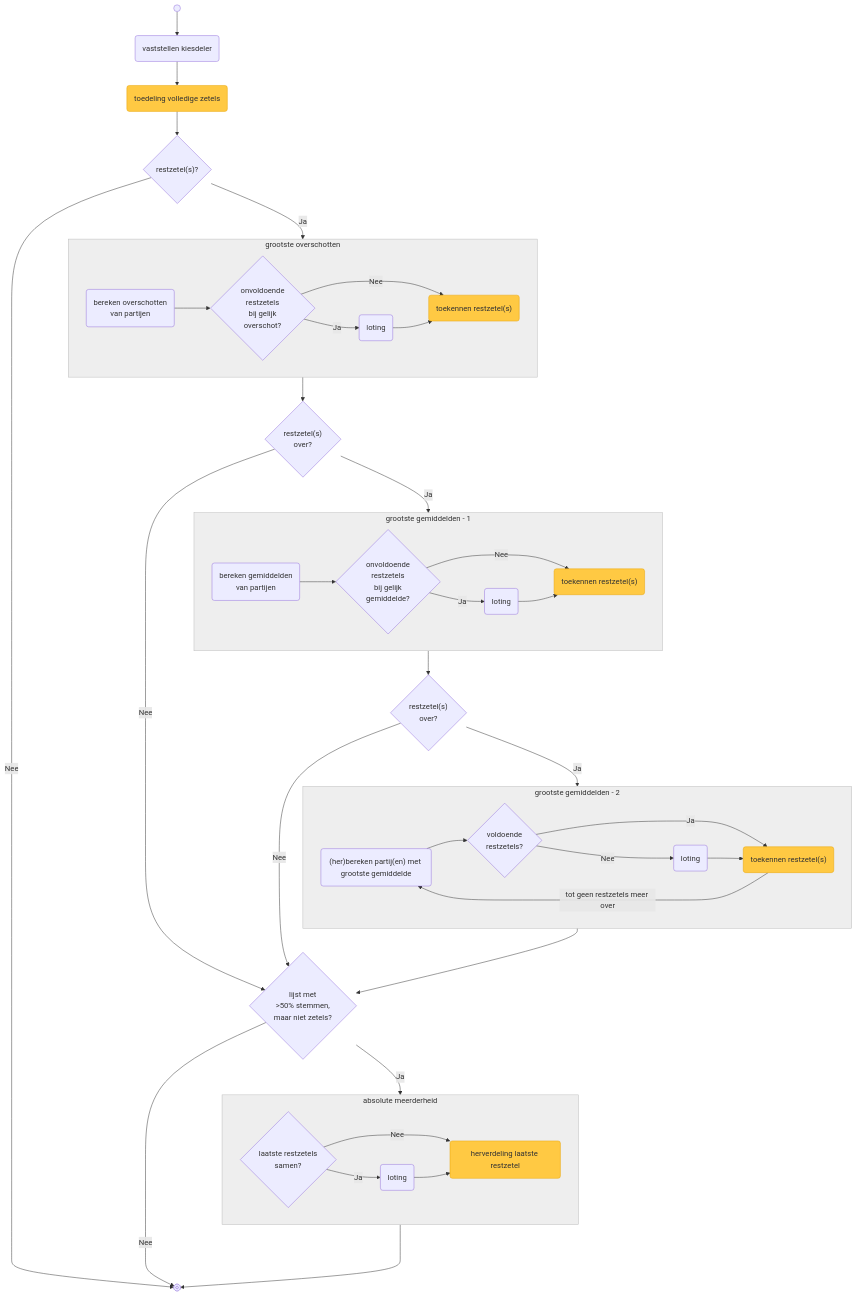
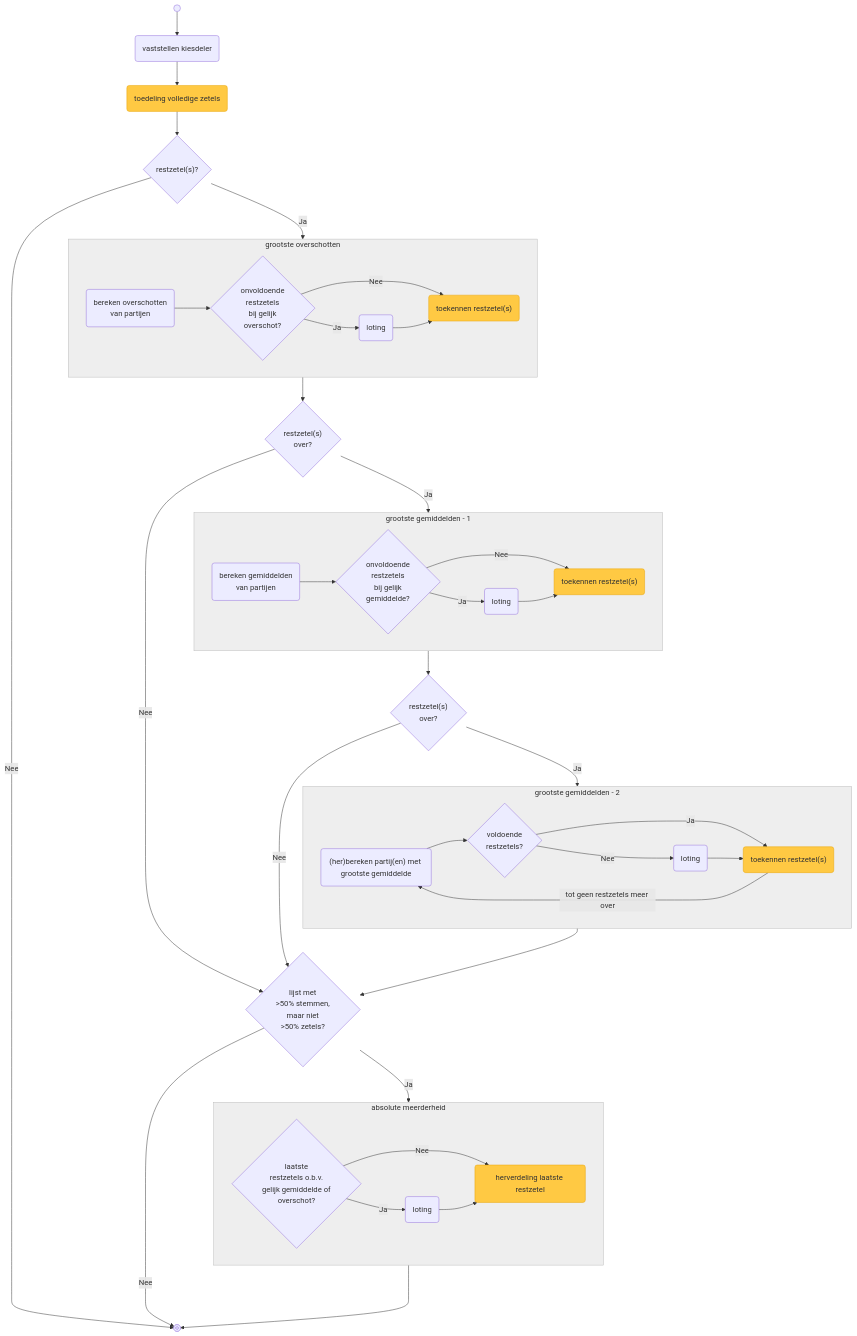
The second of 2 diagrams in verkiezingsproces/zetelverdeling-GR-flowchart.md (kiesraad/abacus-documentatie), drawn with Mermaid before and after one commit. The commit also changed other lines of this file, not shown here.

Commit message:
improves naming of flowchart elements

````diff
--- a/verkiezingsproces/zetelverdeling-GR-flowchart.md
+++ b/verkiezingsproces/zetelverdeling-GR-flowchart.md
@@ -82,7 +81,6 @@
     flow_end@{ shape: framed-circle, label: "end" }
 
     vaststellen_kiesdeler(vaststellen kiesdeler)
-
     toedeling_volledige_zetels(toedeling volledige zetels)
     class toedeling_volledige_zetels lijstuitputting
 
@@ -91,28 +89,28 @@
     bereken_overschotten_van_partijen("bereken overschotten<br/>van partijen")
     gelijke_overschotten{onvoldoende<br/>restzetels<br/>bij gelijk<br/>overschot?}
     loting_grootste_overschotten(loting)
-    gelijke_overschotten_ronde1("toekennen restzetel(s)")
-    class gelijke_overschotten_ronde1 lijstuitputting
+    toekennen_restzetels_gelijke_overschotten("toekennen restzetel(s)")
+    class toekennen_restzetels_gelijke_overschotten lijstuitputting
 
     restzetels_na_overschotten{"restzetel(s)<br/>over?"}
 
     bereken_gemiddelden_van_partijen(bereken gemiddelden<br/>van partijen)
     gelijke_gemiddelden{"onvoldoende<br/>restzetels<br/>bij gelijk<br/>gemiddelde?"}
     loting_grootste_gemiddelden_1(loting)
-    restzetels_grootste_gemiddelden_1("toekennen restzetel(s)")
-    class restzetels_grootste_gemiddelden_1 lijstuitputting
+    toekennen_restzetels_grootste_gemiddelden_1("toekennen restzetel(s)")
+    class toekennen_restzetels_grootste_gemiddelden_1 lijstuitputting
 
     restzetels_na_gemiddelden_1{"restzetel(s)<br/>over?"}
 
     bereken_partijen_met_grootste_gemiddelde("(her)bereken partij(en) met grootste gemiddelde")
     voldoende_restzetels{voldoende<br/>restzetels?}
     loting_grootste_gemiddelden_2(loting)
-    restzetels_grootste_gemiddelden_2("toekennen restzetel(s)")
-    class restzetels_grootste_gemiddelden_2 lijstuitputting
+    toekennen_restzetels_grootste_gemiddelden_2("toekennen restzetel(s)")
+    class toekennen_restzetels_grootste_gemiddelden_2 lijstuitputting
 
-    volstrekte_meerderheid{lijst met<br/>>50% stemmen,<br/>maar niet zetels?}
-    laatste_restzetels_samen{laatste restzetels<br/>samen?}
-    loting_abs_meerderheid(loting)
+    meerderheid_aan_stemmen_maar_niet_zetels{lijst met<br/>>50% stemmen,<br/>maar niet<br/>>50% zetels?}
+    laatste_restzetels_obv_gelijk_gemiddelde_of_overschot{laatste<br/>restzetels o.b.v.<br/>gelijk gemiddelde of<br/>overschot?}
+    loting_absolute_meerderheid(loting)
     herverdeling_laatste_restzetel(herverdeling laatste restzetel)
     class herverdeling_laatste_restzetel lijstuitputting
 
@@ -127,53 +125,51 @@
     subgraph grootste_overschotten["grootste overschotten"]
         direction LR
         bereken_overschotten_van_partijen --> gelijke_overschotten
-        gelijke_overschotten -->|Nee| gelijke_overschotten_ronde1
+        gelijke_overschotten -->|Nee| toekennen_restzetels_gelijke_overschotten
         gelijke_overschotten -->|Ja| loting_grootste_overschotten
-        loting_grootste_overschotten --> gelijke_overschotten_ronde1        
+        loting_grootste_overschotten --> toekennen_restzetels_gelijke_overschotten
     end
     class grootste_overschotten greyFill;
 
     grootste_overschotten --> restzetels_na_overschotten
-    restzetels_na_overschotten -->|Nee| volstrekte_meerderheid
+    restzetels_na_overschotten -->|Nee| meerderheid_aan_stemmen_maar_niet_zetels
     restzetels_na_overschotten -->|Ja| grootste_gemiddelden_1
 
     subgraph grootste_gemiddelden_1["grootste gemiddelden - 1"]
         direction LR
         bereken_gemiddelden_van_partijen --> gelijke_gemiddelden
-        gelijke_gemiddelden -->|Nee| restzetels_grootste_gemiddelden_1
+        gelijke_gemiddelden -->|Nee| toekennen_restzetels_grootste_gemiddelden_1
         gelijke_gemiddelden -->|Ja| loting_grootste_gemiddelden_1
-        loting_grootste_gemiddelden_1 --> restzetels_grootste_gemiddelden_1
+        loting_grootste_gemiddelden_1 --> toekennen_restzetels_grootste_gemiddelden_1
     end
     class grootste_gemiddelden_1 greyFill;
 
     grootste_gemiddelden_1 --> restzetels_na_gemiddelden_1
-    restzetels_na_gemiddelden_1 -->|Nee| volstrekte_meerderheid
+    restzetels_na_gemiddelden_1 -->|Nee| meerderheid_aan_stemmen_maar_niet_zetels
     restzetels_na_gemiddelden_1 -->|Ja| grootste_gemiddelden_2
 
     subgraph grootste_gemiddelden_2["grootste gemiddelden - 2"]
         bereken_partijen_met_grootste_gemiddelde --> voldoende_restzetels
-        voldoende_restzetels -->|Ja| restzetels_grootste_gemiddelden_2
+        voldoende_restzetels -->|Ja| toekennen_restzetels_grootste_gemiddelden_2
         voldoende_restzetels -->|Nee| loting_grootste_gemiddelden_2
-        loting_grootste_gemiddelden_2 --> restzetels_grootste_gemiddelden_2
-        restzetels_grootste_gemiddelden_2 -->|tot geen restzetels meer over| bereken_partijen_met_grootste_gemiddelde
-        
+        loting_grootste_gemiddelden_2 --> toekennen_restzetels_grootste_gemiddelden_2
+        toekennen_restzetels_grootste_gemiddelden_2 -->|tot geen restzetels meer over| bereken_partijen_met_grootste_gemiddelde
+
     end
     class grootste_gemiddelden_2 greyFill;
 
-    grootste_gemiddelden_2 --> volstrekte_meerderheid
+    grootste_gemiddelden_2 --> meerderheid_aan_stemmen_maar_niet_zetels
 
-    volstrekte_meerderheid -->|Ja| absolute_meerderheid
-    volstrekte_meerderheid --->|Nee| flow_end
+    meerderheid_aan_stemmen_maar_niet_zetels -->|Ja| absolute_meerderheid
+    meerderheid_aan_stemmen_maar_niet_zetels --->|Nee| flow_end
 
     subgraph absolute_meerderheid["absolute meerderheid"]
         direction LR
-        laatste_restzetels_samen -->|Ja| loting_abs_meerderheid
-        laatste_restzetels_samen -->|Nee| herverdeling_laatste_restzetel
-        loting_abs_meerderheid --> herverdeling_laatste_restzetel
+        laatste_restzetels_obv_gelijk_gemiddelde_of_overschot -->|Ja| loting_absolute_meerderheid
+        laatste_restzetels_obv_gelijk_gemiddelde_of_overschot -->|Nee| herverdeling_laatste_restzetel
+        loting_absolute_meerderheid --> herverdeling_laatste_restzetel
     end
     class absolute_meerderheid greyFill;
 
-    
     absolute_meerderheid ---> flow_end
-
 ```
````
